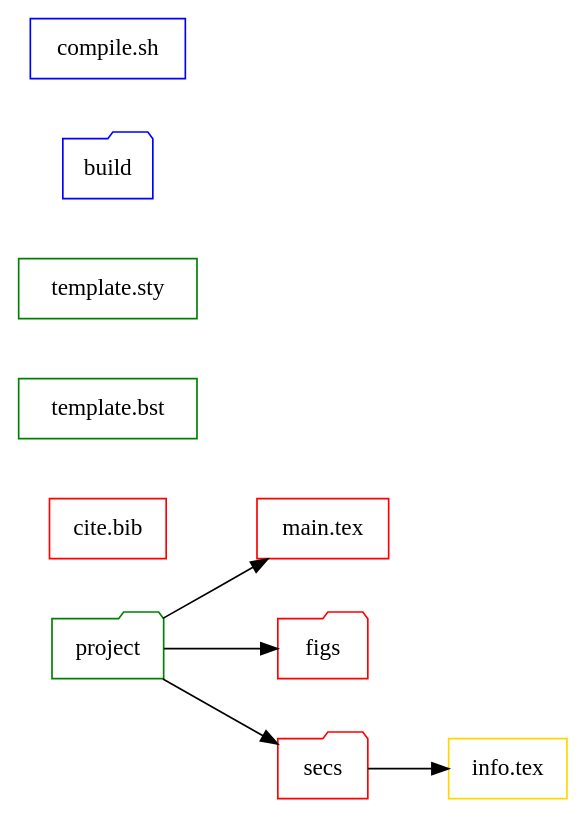
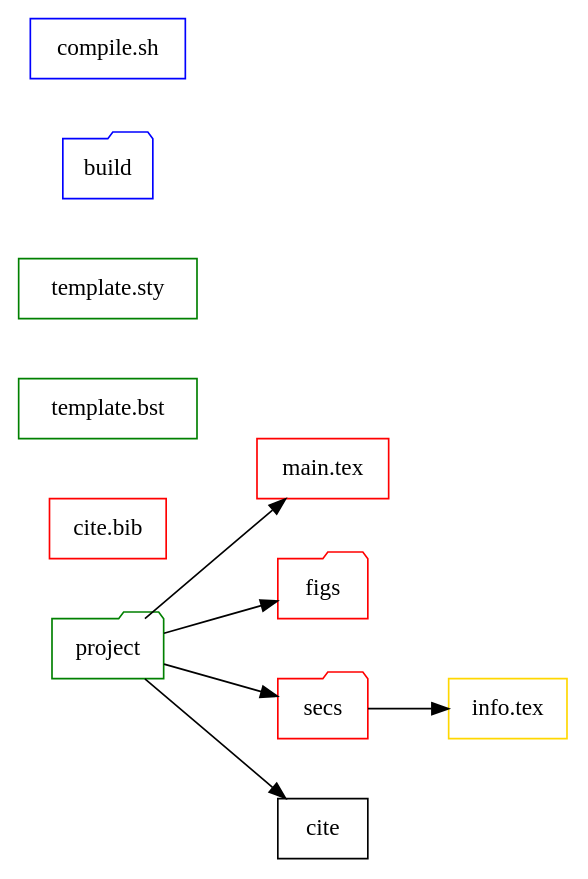
Before and after one commit to bwtian/texTemplate: the diagram in texTemplate.org, drawn with Graphviz. The commit also changed other lines of this file and 2 other files, not shown here.

Commit message:
- ‘.#texTemplate.org’ / ‘texTemplate.org’ / ‘texTemplate.svg’

```diff
--- a/texTemplate.org
+++ b/texTemplate.org
@@ -4,27 +4,27 @@
 #+BEGIN_SRC dot :file ./texTemplate.svg
   digraph {
   rankdir = LR
   fontname="Times";
   fontsize = 12;
   splines = false;
   ranksep = 0.5;
   nodesep = 0.5;
   node [shape = box]
   //1. set node
   proj [label = "project", color = green, shape="folder"]
   info [label = "info.tex", color = gold]
   main [label = "main.tex", color = red]
   bib [label = "cite.bib", color = red]
   bst [label = "template.bst", color = green]
   sty [label = "template.sty", color = green]
   fig [label = "figs", color=red, shape="folder"]
   sec [label = "secs", color=red, shape="folder"]
   build [label  = "build", color = blue, shape="folder"]
   gen [label = "compile.sh", color = blue]
   //2. set path
-  proj -> {fig sec main}
+  proj -> {fig sec main cite}
   sec -> {info}
   //3. set rank
 
   }
 #+END_SRC
```
